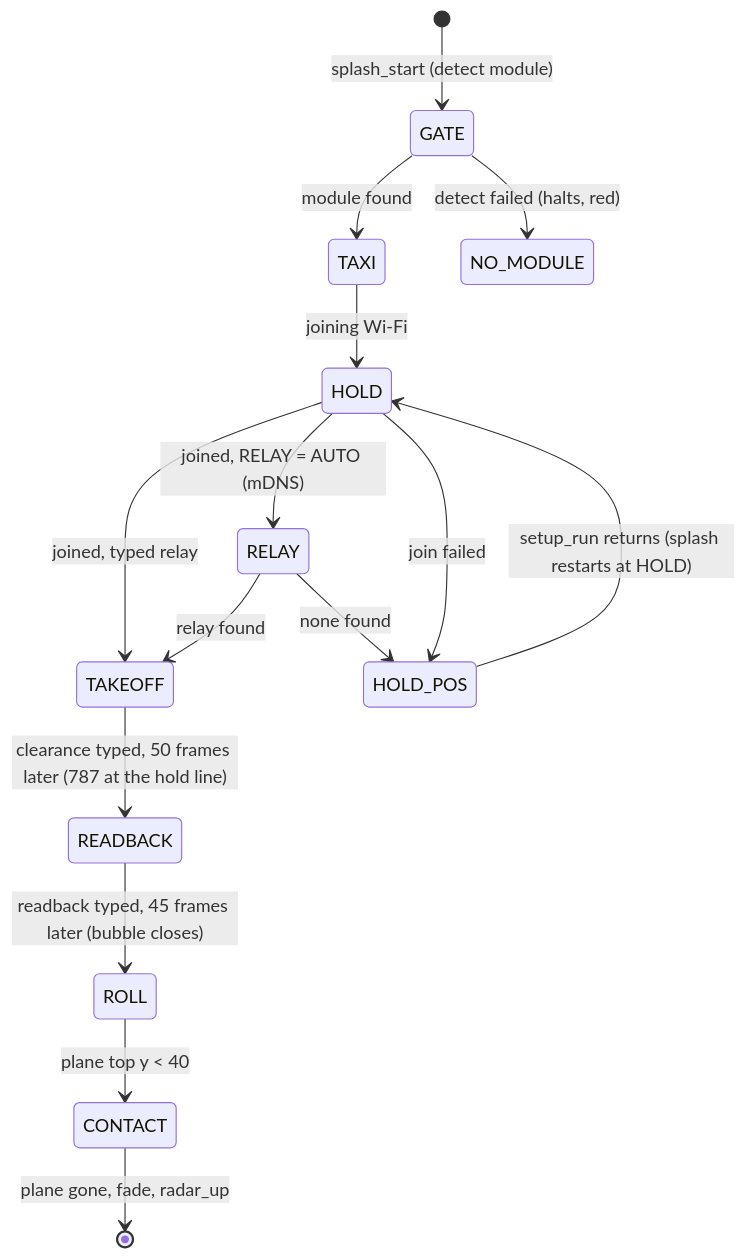
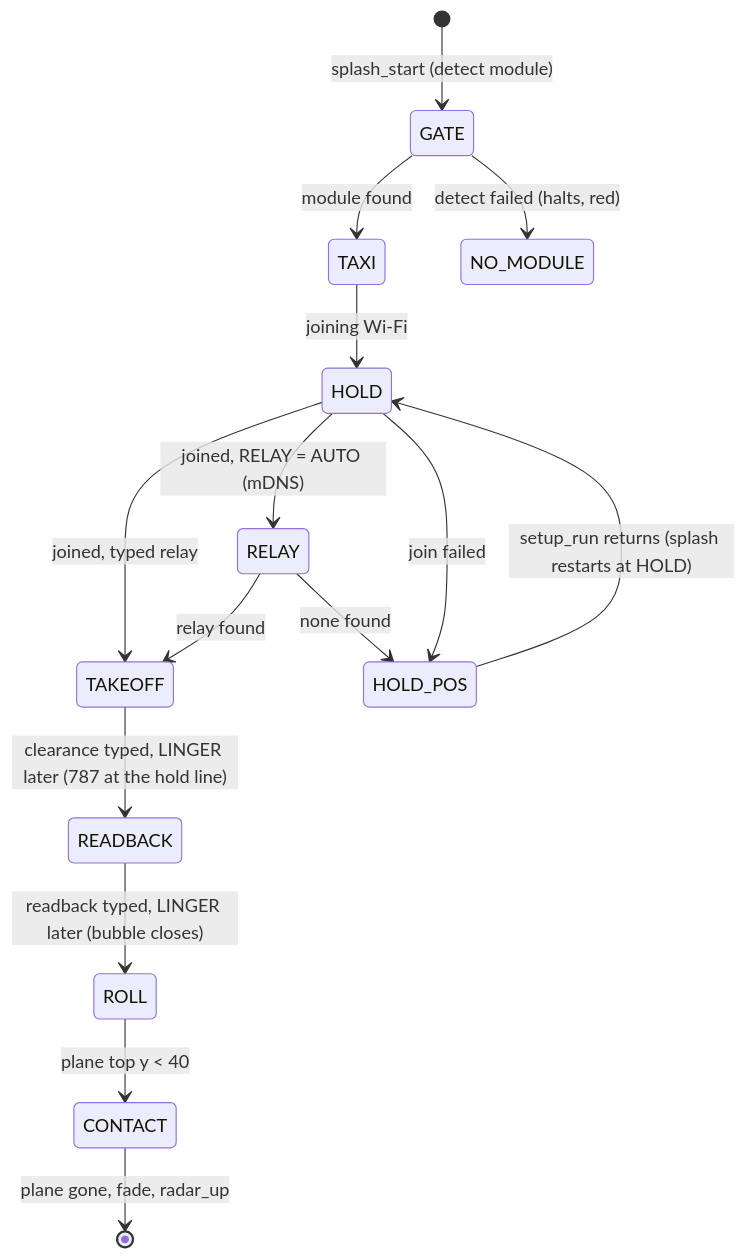
One commit to jfryman/mega-wifi-radar changed the first of 2 diagrams in lode/ui/boot-splash.md. Above: the diagram before and after it, drawn with Mermaid. The commit also changed other lines of this file and 13 other files, not shown here.

````diff
--- a/lode/ui/boot-splash.md
+++ b/lode/ui/boot-splash.md
@@ -9,17 +9,17 @@
 ```mermaid
 stateDiagram-v2
   [*] --> GATE: splash_start (detect module)
   GATE --> TAXI: module found
   GATE --> NO_MODULE: detect failed (halts, red)
   TAXI --> HOLD: joining Wi-Fi
   HOLD --> RELAY: joined, RELAY = AUTO (mDNS)
   HOLD --> TAKEOFF: joined, typed relay
   RELAY --> TAKEOFF: relay found
   RELAY --> HOLD_POS: none found
   HOLD --> HOLD_POS: join failed
   HOLD_POS --> HOLD: setup_run returns (splash restarts at HOLD)
-  TAKEOFF --> READBACK: clearance typed, 50 frames later (787 at the hold line)
-  READBACK --> ROLL: readback typed, 45 frames later (bubble closes)
+  TAKEOFF --> READBACK: clearance typed, LINGER later (787 at the hold line)
+  READBACK --> ROLL: readback typed, LINGER later (bubble closes)
   ROLL --> CONTACT: plane top y < 40
   CONTACT --> [*]: plane gone, fade, radar_up
 ```
````
